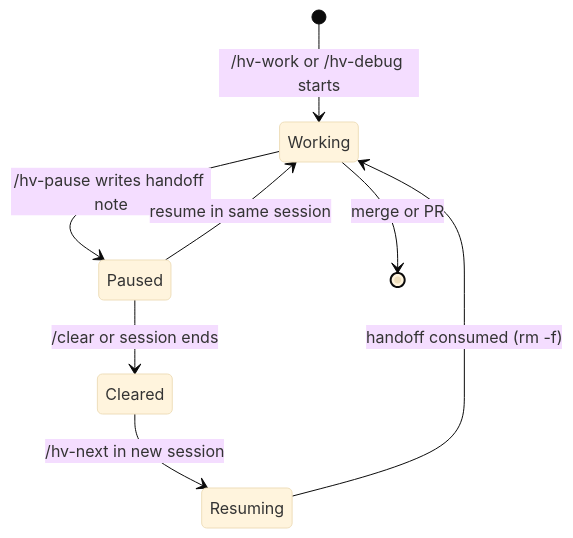
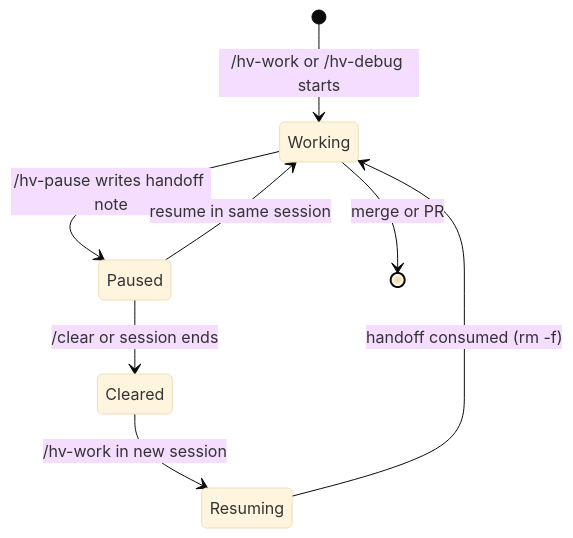
The diagram in docs/usage/pausing-and-resuming.md (l4ci/hv-skills), drawn with Mermaid (base theme) before and after one commit. The commit also changed other lines of this file and 42 other files, not shown here.

````diff
--- a/docs/usage/pausing-and-resuming.md
+++ b/docs/usage/pausing-and-resuming.md
@@ -32,10 +32,10 @@
 ```mermaid
 stateDiagram-v2
     [*] --> Working: /hv-work or /hv-debug starts
     Working --> Paused: /hv-pause writes handoff note
     Paused --> Cleared: /clear or session ends
-    Cleared --> Resuming: /hv-next in new session
+    Cleared --> Resuming: /hv-work in new session
     Resuming --> Working: handoff consumed (rm -f)
     Paused --> Working: resume in same session
     Working --> [*]: merge or PR
 ```
````
